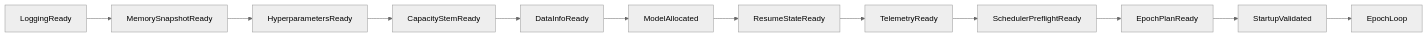
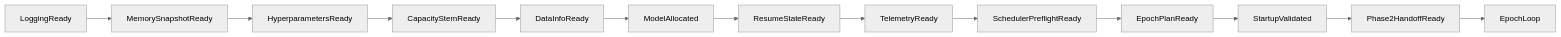
The third of 3 diagrams in .cursor/plans/training_run_geometry_137132a5.plan.md (Reaper3825/G.R.I.M), drawn with Mermaid (neutral theme) before and after one commit. The commit also changed other lines of this file and 4 other files, not shown here.

First line of the commit message:
refactor: Integrate RunCapacity into Phase1 startup process

````diff
--- a/.cursor/plans/training_run_geometry_137132a5.plan.md
+++ b/.cursor/plans/training_run_geometry_137132a5.plan.md
@@ -1114,14 +1316,15 @@
 ```mermaid
 flowchart LR
   LoggingReady --> MemorySnapshotReady
   MemorySnapshotReady --> HyperparametersReady
   HyperparametersReady --> CapacityStemReady
   CapacityStemReady --> DataInfoReady
   DataInfoReady --> ModelAllocated
   ModelAllocated --> ResumeStateReady
   ResumeStateReady --> TelemetryReady
   TelemetryReady --> SchedulerPreflightReady
   SchedulerPreflightReady --> EpochPlanReady
   EpochPlanReady --> StartupValidated
-  StartupValidated --> EpochLoop
+  StartupValidated --> Phase2HandoffReady
+  Phase2HandoffReady --> EpochLoop
 ```
````
